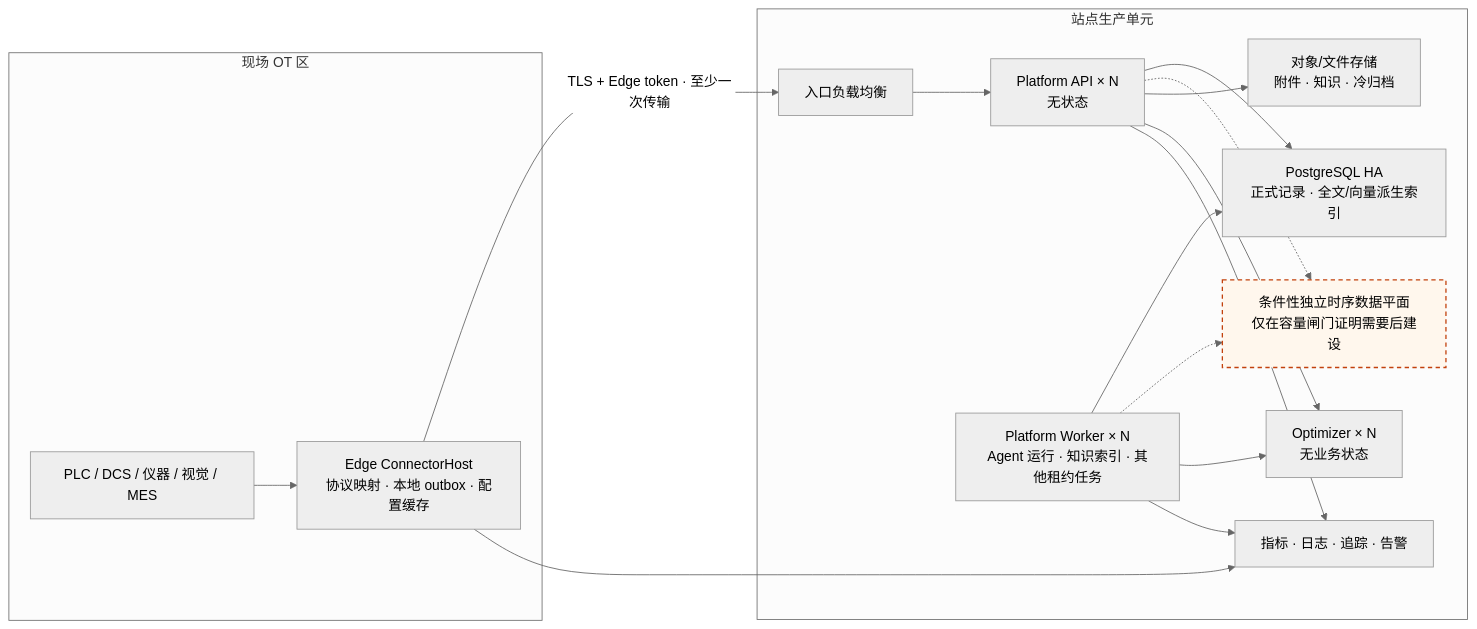
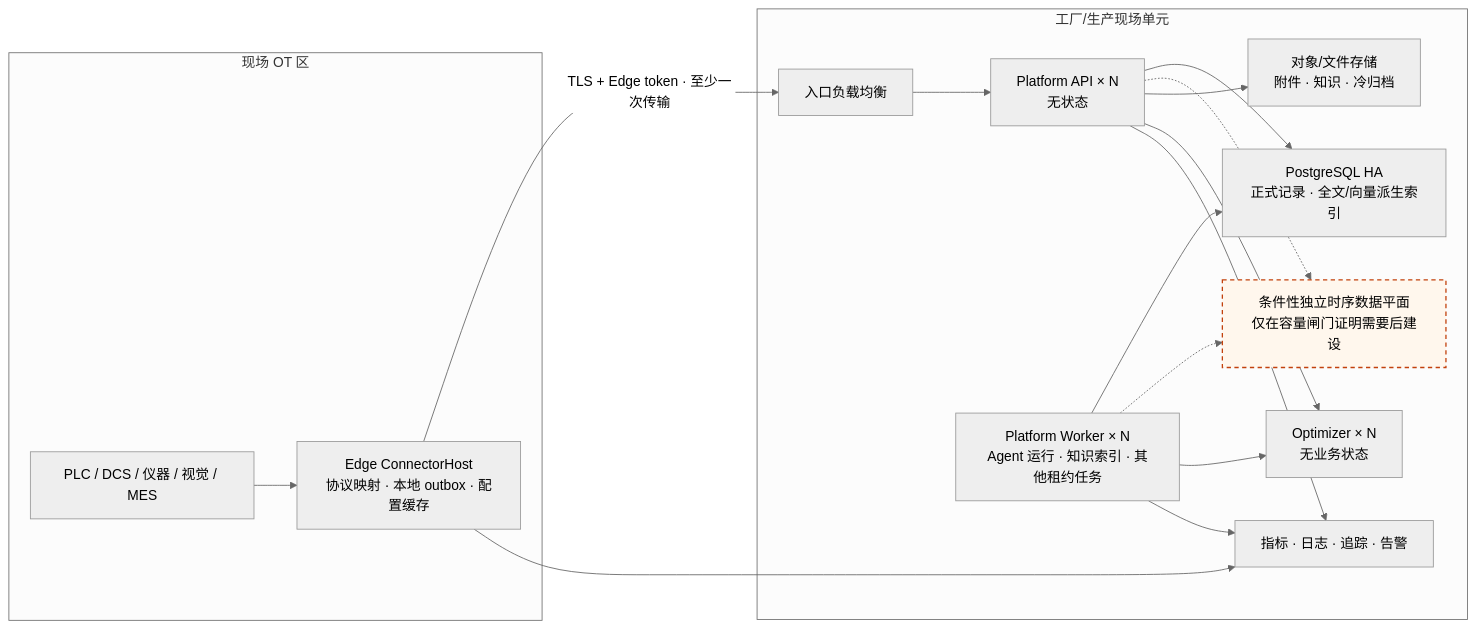
One commit to liuweichaox/Ingot changed the diagram in docs/production-architecture.md. Above: the diagram before and after it, drawn with Mermaid (neutral theme). The commit also changed other lines of this file and 73 other files, not shown here.

````diff
--- a/docs/production-architecture.md
+++ b/docs/production-architecture.md
@@ -76,34 +78,34 @@
 ```mermaid
 flowchart LR
     subgraph OT["现场 OT 区"]
         Sources["PLC / DCS / 仪器 / 视觉 / MES"]
         Edge["Edge ConnectorHost\n协议映射 · 本地 outbox · 配置缓存"]
         Sources --> Edge
     end
 
-    subgraph Cell["站点生产单元"]
+    subgraph Cell["工厂/生产现场单元"]
         LB["入口负载均衡"]
         Api["Platform API × N\n无状态"]
         Worker["Platform Worker × N\nAgent 运行 · 知识索引 · 其他租约任务"]
         Control["PostgreSQL HA\n正式记录 · 全文/向量派生索引"]
         Series["条件性独立时序数据平面\n仅在容量闸门证明需要后建设"]
         Files["对象/文件存储\n附件 · 知识 · 冷归档"]
         Optimizer["Optimizer × N\n无业务状态"]
         Observe["指标 · 日志 · 追踪 · 告警"]
         LB --> Api
         Api --> Control
         Api -.-> Series
         Api --> Files
         Worker --> Control
         Worker -.-> Series
         Worker --> Optimizer
         Api --> Optimizer
         Api --> Observe
         Worker --> Observe
     end
 
     Edge -->|"TLS + Edge token · 至少一次传输"| LB
     Edge --> Observe
     classDef future fill:#FFF7ED,stroke:#C2410C,stroke-width:1.5px,stroke-dasharray:5 4
     class Series future
 ```
````
